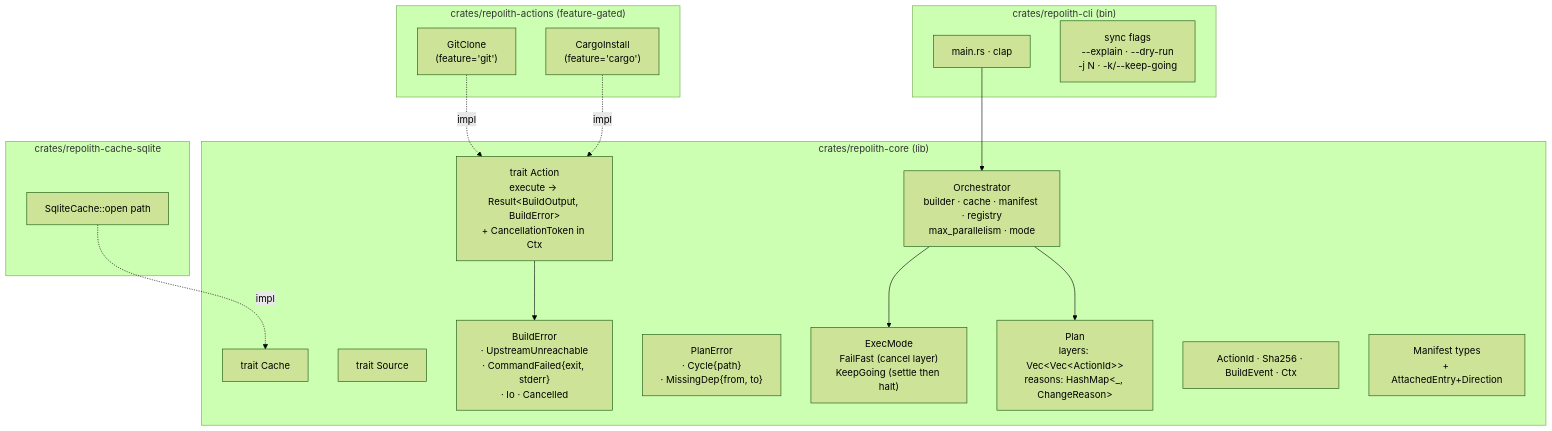
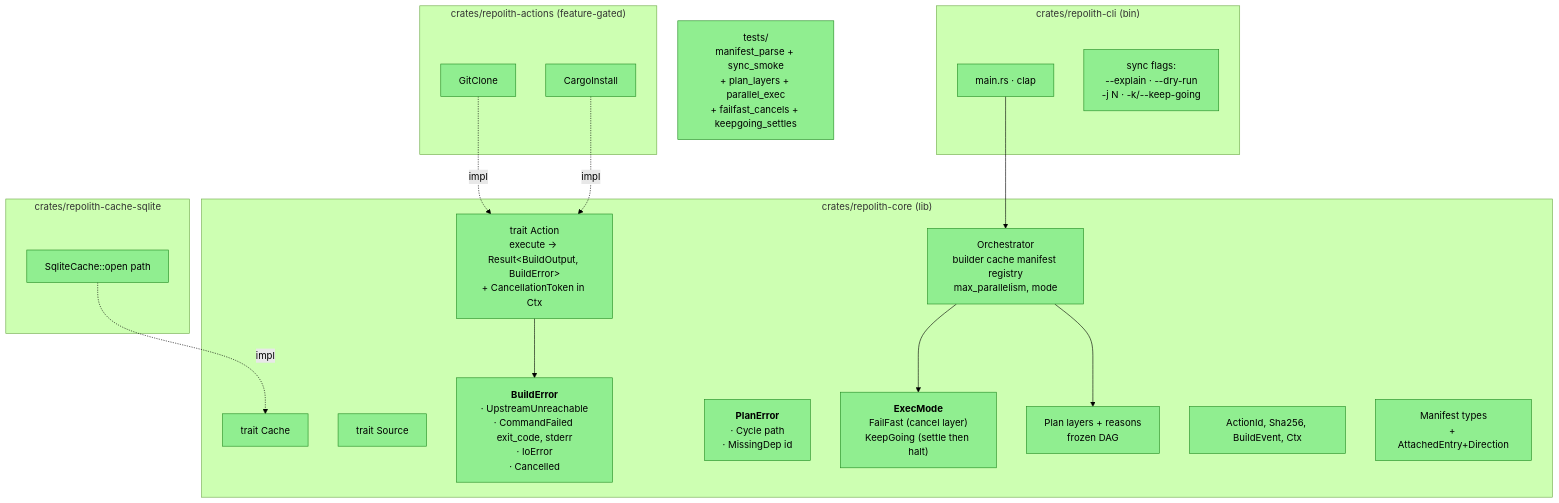
The first of 3 diagrams in README.md (anatta-rs/repolith), drawn with Mermaid (forest theme) before and after one commit. The commit also changed other lines of this file, not shown here.

First line of the commit message:
docs: expand README with colored deltas + tests subgraph + KeepGoing sequence

````diff
--- a/README.md
+++ b/README.md
@@ -42,35 +43,38 @@
 ```mermaid
 graph TD
     subgraph CORE["crates/repolith-core (lib)"]
-        T_ACT["trait Action<br/>execute → Result&lt;BuildOutput, BuildError&gt;<br/>+ CancellationToken in Ctx"]
-        T_CACHE[trait Cache]
-        T_SRC[trait Source]
-        E_BUILD["BuildError<br/>· UpstreamUnreachable<br/>· CommandFailed{exit, stderr}<br/>· Io · Cancelled"]
-        E_PLAN["PlanError<br/>· Cycle{path}<br/>· MissingDep{from, to}"]
-        EM["ExecMode<br/>FailFast (cancel layer)<br/>KeepGoing (settle then halt)"]
-        P_PLAN[Plan<br/>layers: Vec&lt;Vec&lt;ActionId&gt;&gt;<br/>reasons: HashMap&lt;_, ChangeReason&gt;]
-        T_ORCH[Orchestrator<br/>builder · cache · manifest · registry<br/>max_parallelism · mode]
-        T_TYPES[ActionId · Sha256 · BuildEvent · Ctx]
-        T_MAN[Manifest types<br/>+ AttachedEntry+Direction]
+        T_ACT["trait Action<br/>execute → Result&lt;BuildOutput, BuildError&gt;<br/>+ CancellationToken in Ctx"]:::add
+        T_CACHE[trait Cache]:::add
+        T_SRC[trait Source]:::add
+        E_BUILD["<b>BuildError</b><br/>· UpstreamUnreachable<br/>· CommandFailed exit_code, stderr<br/>· IoError<br/>· Cancelled"]:::add
+        E_PLAN["<b>PlanError</b><br/>· Cycle path<br/>· MissingDep id"]:::add
+        EM["<b>ExecMode</b><br/>FailFast (cancel layer)<br/>KeepGoing (settle then halt)"]:::add
+        P_PLAN[Plan layers + reasons<br/>frozen DAG]:::add
+        T_ORCH[Orchestrator<br/>builder cache manifest registry<br/>max_parallelism, mode]:::add
+        T_TYPES[ActionId, Sha256, BuildEvent, Ctx]:::add
+        T_MAN[Manifest types<br/>+ AttachedEntry+Direction]:::add
     end
 
     subgraph CACHE["crates/repolith-cache-sqlite"]
-        SQL[SqliteCache::open path]
+        SQL[SqliteCache::open path]:::add
     end
     subgraph ACT["crates/repolith-actions (feature-gated)"]
-        F_GIT["GitClone<br/>(feature='git')"]
-        F_CARGO["CargoInstall<br/>(feature='cargo')"]
+        F_GIT[GitClone]:::add
+        F_CARGO[CargoInstall]:::add
     end
     subgraph CLI["crates/repolith-cli (bin)"]
-        BIN[main.rs · clap]
-        FLAGS["sync flags<br/>--explain · --dry-run<br/>-j N · -k/--keep-going"]
+        BIN[main.rs · clap]:::add
+        FLAGS["sync flags:<br/>--explain · --dry-run<br/>-j N · -k/--keep-going"]:::add
     end
+    TESTS["tests/<br/>manifest_parse + sync_smoke<br/>+ plan_layers + parallel_exec<br/>+ failfast_cancels + keepgoing_settles"]:::add
 
     SQL -.impl.-> T_CACHE
     F_GIT -.impl.-> T_ACT
     F_CARGO -.impl.-> T_ACT
     BIN --> T_ORCH
     T_ORCH --> P_PLAN
     T_ORCH --> EM
     T_ACT --> E_BUILD
+
+    classDef add fill:#90EE90,stroke:#228B22,color:#000
 ```
````
